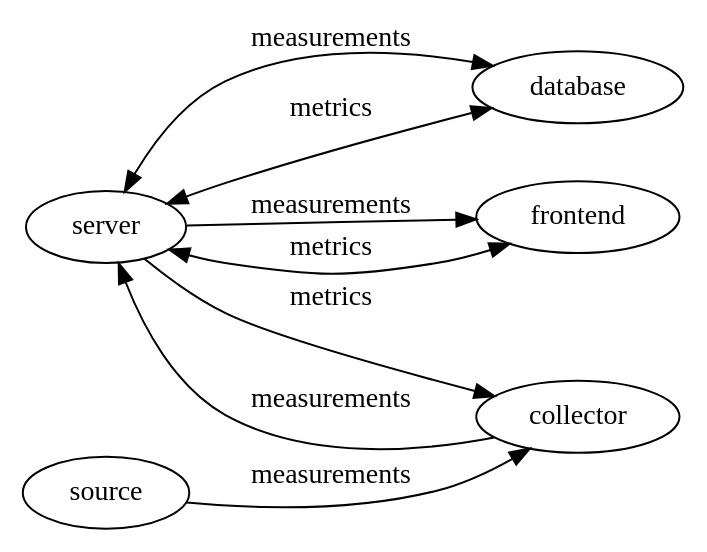
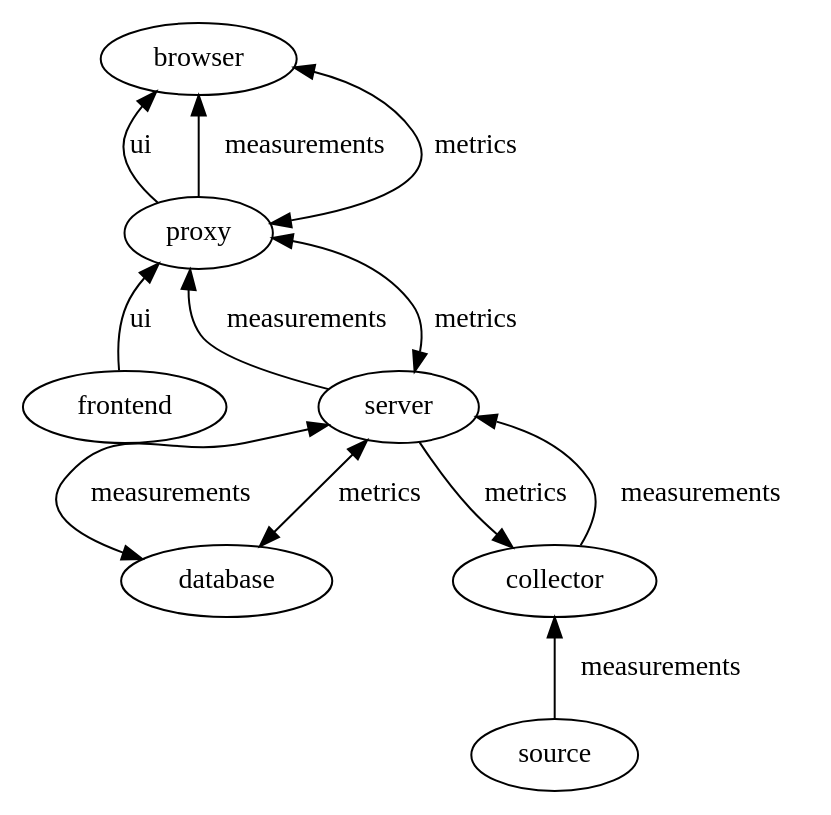
One commit to ICTU/quality-time changed the diagram in docs/components.dot. Above: the diagram before and after it, drawn with Graphviz. The commit also changed 3 other files, not shown here.

```diff
--- a/docs/components.dot
+++ b/docs/components.dot
@@ -1,10 +1,13 @@
 digraph {
-  rankdir=LR
+  browser -> proxy [label=ui, dir="back"]
+  browser -> proxy [label=measurements, dir="back"]
+  browser -> proxy [label=metrics, dir="both"]
+  proxy -> frontend [label=ui, dir="back"]
+  proxy -> server [label=measurements, dir="back"]
+  proxy -> server [label=metrics, dir="both"]
   server -> database [label=measurements, dir="both"]
   server -> database [label=metrics, dir="both"]
   collector -> server [label=measurements]
   server -> collector [label=metrics]
-  source -> collector [label=measurements]
-  server -> frontend [label=metrics, dir="both"]
-  server -> frontend [label=measurements]
+  collector -> source [label=measurements, dir="back"]
 }
```
